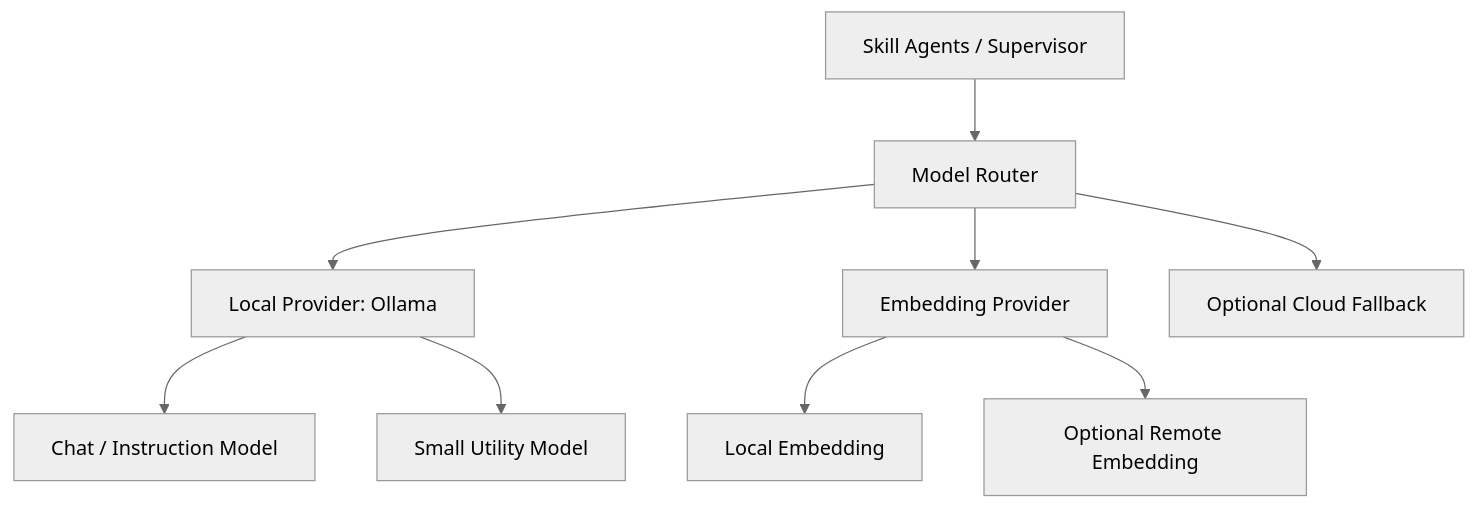
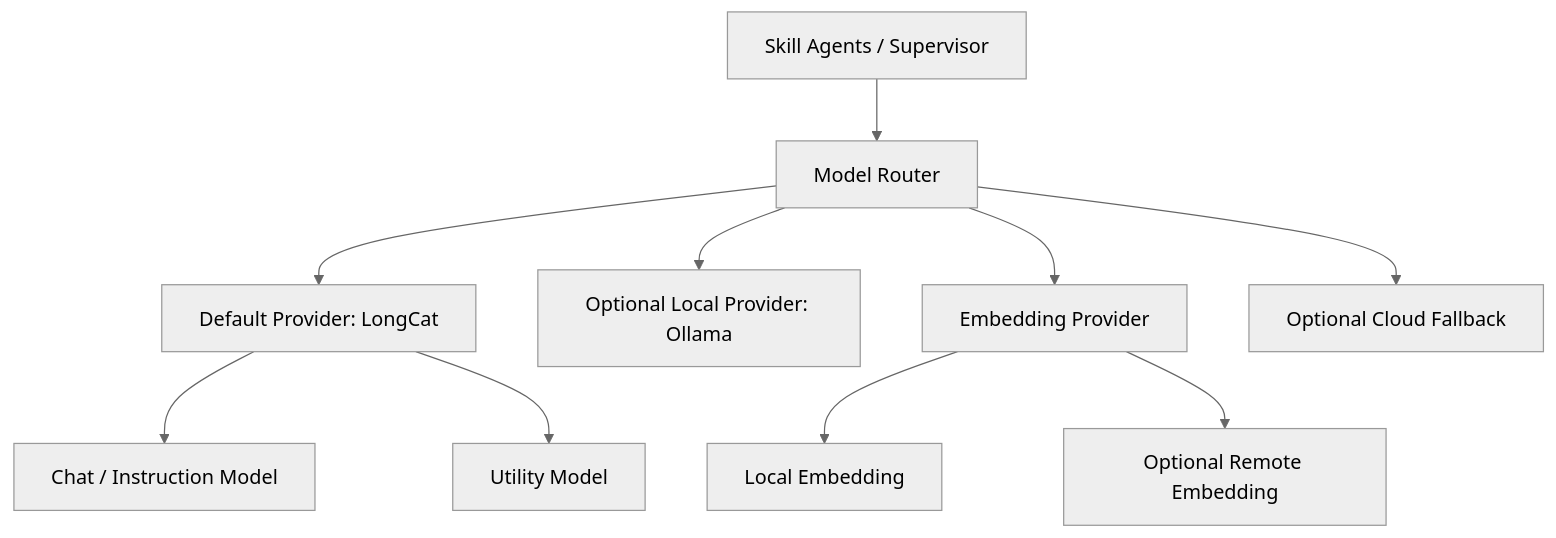
One commit to paras0l/BinnAgent changed the diagram in docs/architecture/09-model-provider-and-ollama.md. Above: the diagram before and after it, drawn with Mermaid (neutral theme). The commit also changed other lines of this file and 34 other files, not shown here.

````diff
--- a/docs/architecture/09-model-provider-and-ollama.md
+++ b/docs/architecture/09-model-provider-and-ollama.md
@@ -19,12 +18,13 @@
 ```mermaid
 flowchart TD
     Agent["Skill Agents / Supervisor"] --> Router["Model Router"]
-    Router --> Local["Local Provider: Ollama"]
+    Router --> Default["Default Provider: LongCat"]
+    Router --> Local["Optional Local Provider: Ollama"]
     Router --> Embed["Embedding Provider"]
     Router --> Cloud["Optional Cloud Fallback"]
 
-    Local --> Chat["Chat / Instruction Model"]
-    Local --> Small["Small Utility Model"]
+    Default --> Chat["Chat / Instruction Model"]
+    Default --> Small["Utility Model"]
     Embed --> LocalEmbed["Local Embedding"]
     Embed --> RemoteEmbed["Optional Remote Embedding"]
 ```
````
